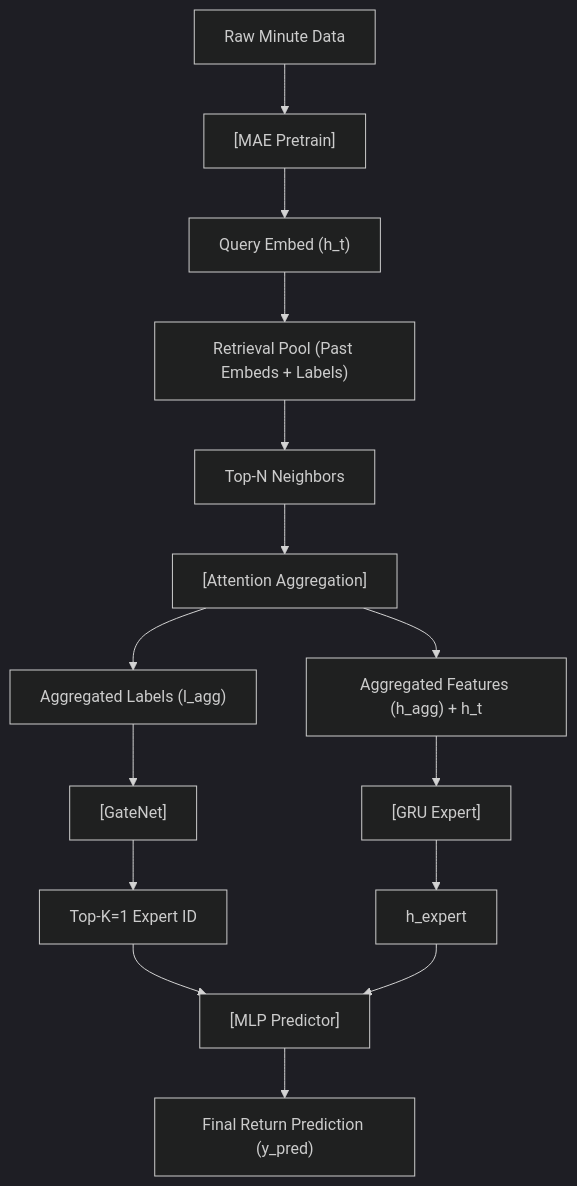
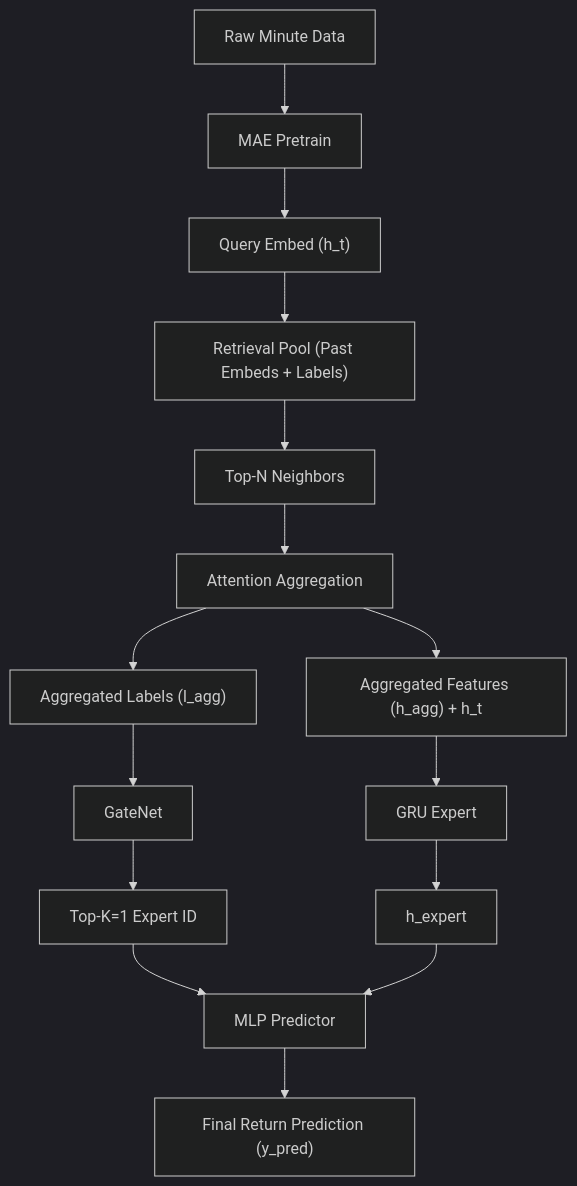
Before and after one commit to sou350121/Trading-Handbook: the diagram in foundations/time-series-forecasting/mera.md, drawn with Mermaid (dark theme). The commit also changed 191 other files, not shown here.

First line of the commit message:
render: fix math + mermaid for GitHub across the corpus (188 pages)

````diff
--- a/foundations/time-series-forecasting/mera.md
+++ b/foundations/time-series-forecasting/mera.md
@@ -31,17 +31,17 @@
 ```mermaid
 flowchart TD
-    A["Raw Minute Data"] --> B["[MAE Pretrain]"]
+    A["Raw Minute Data"] --> B["MAE Pretrain"]
     B --> C["Query Embed (h_t)"]
     C --> D["Retrieval Pool (Past Embeds + Labels)"]
     D --> E["Top-N Neighbors"]
-    E --> F["[Attention Aggregation]"]
+    E --> F["Attention Aggregation"]
     F --> G["Aggregated Labels (l_agg)"]
     F --> H["Aggregated Features (h_agg) + h_t"]
-    G --> I["[GateNet]"]
+    G --> I["GateNet"]
     I --> J["Top-K=1 Expert ID"]
-    H --> K["[GRU Expert]"]
+    H --> K["GRU Expert"]
     K --> L["h_expert"]
-    J --> M["[MLP Predictor]"]
+    J --> M["MLP Predictor"]
     L --> M
     M --> N["Final Return Prediction (y_pred)"]
 ```
````
